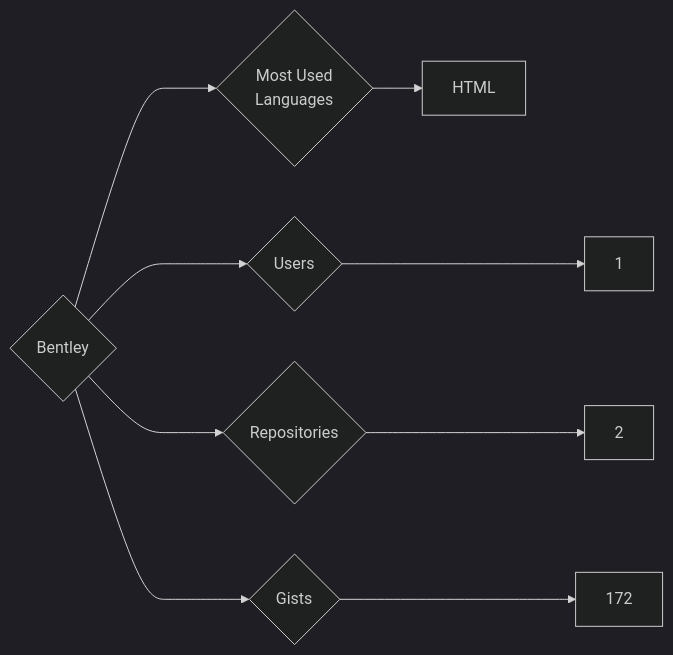
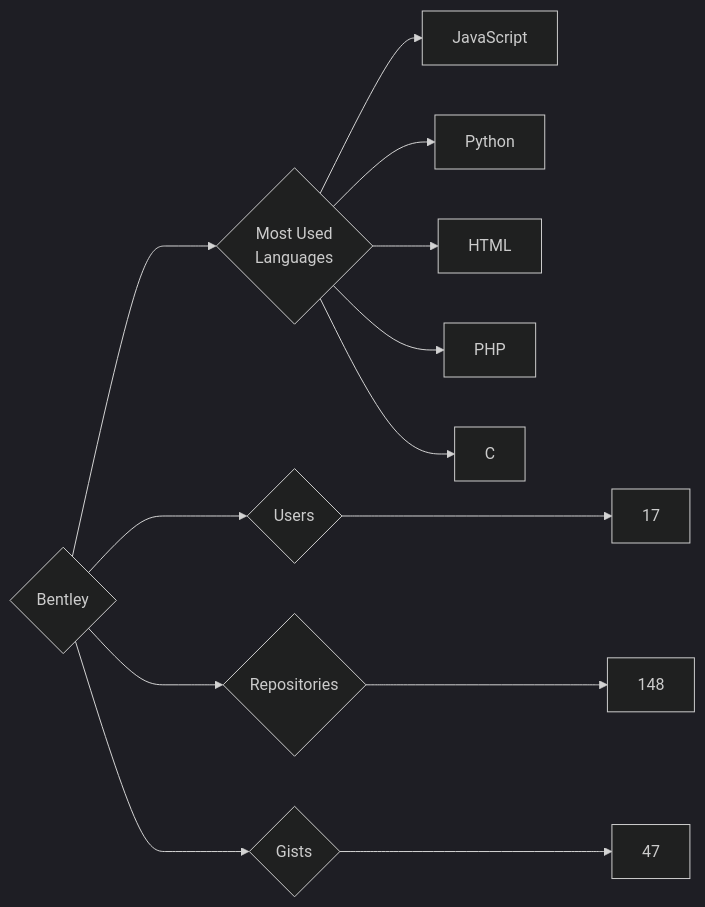
Before and after one commit to trickest/insiders: the diagram in targets/Bentley/README.md, drawn with Mermaid (dark theme). The commit also changed 809 other files, not shown here.

````diff
--- a/targets/Bentley/README.md
+++ b/targets/Bentley/README.md
@@ -3,9 +3,13 @@
 ```mermaid
 graph LR
 COMPANY_NAME{Bentley}
-COMPANY_NAME ---> U{Users} ---> UN[1]
-COMPANY_NAME ---> R{Repositories} ---> RN[2]
-COMPANY_NAME ---> G{Gists} ---> GN[172]
+COMPANY_NAME ---> U{Users} ---> UN[17]
+COMPANY_NAME ---> R{Repositories} ---> RN[148]
+COMPANY_NAME ---> G{Gists} ---> GN[47]
 COMPANY_NAME ---> ML{Most Used<br>Languages}
+ML --> JavaScript[JavaScript]
+ML --> Python[Python]
 ML --> HTML[HTML]
+ML --> PHP[PHP]
+ML --> C[C]
 ```
````
